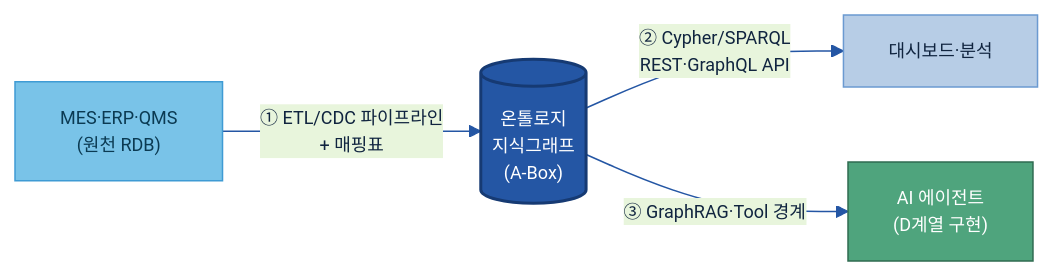
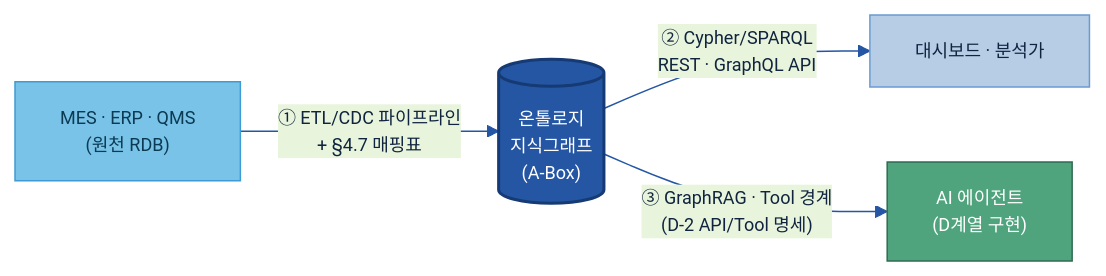
One commit to jin-kearney/ai-ready-data-manual changed diagram 11 of 14 in 가이드 작성/B-3 온톨로지/B-3 온톨로지.md. Above: the diagram before and after it, drawn with Mermaid. The commit also changed other lines of this file, not shown here.

````diff
--- a/가이드 작성/B-3 온톨로지/B-3 온톨로지.md
+++ b/가이드 작성/B-3 온톨로지/B-3 온톨로지.md
@@ -1029,11 +1066,17 @@
 ```mermaid
 %%{init: {'theme':'base','themeVariables':{'primaryColor':'#DCE8F5','primaryBorderColor':'#2456A4','primaryTextColor':'#10243f','lineColor':'#2456A4','clusterBkg':'#EEF4FB','clusterBorder':'#6B9AD1','fontSize':'12px'}}}%%
 flowchart LR
-    SRC["MES·ERP·QMS\n(원천 RDB)"]:::src -->|"① ETL/CDC 파이프라인\n+ 매핑표"| KG[("온톨로지\n지식그래프\n(A-Box)")]:::cat
-    KG -->|"② Cypher/SPARQL\nREST·GraphQL API"| BI["대시보드·분석"]:::n
-    KG -->|"③ GraphRAG·Tool 경계"| AI["AI 에이전트\n(D계열 구현)"]:::loop
+    SRC["MES · ERP · QMS\n(원천 RDB)"]:::src
+    KG[("온톨로지\n지식그래프\n(A-Box)")]:::cat
+    BI["대시보드 · 분석가"]:::n
+    AI["AI 에이전트\n(D계열 구현)"]:::loop
+
+    SRC -->|"① ETL/CDC 파이프라인\n+ §4.7 매핑표"| KG
+    KG -->|"② Cypher/SPARQL\nREST · GraphQL API"| BI
+    KG -->|"③ GraphRAG · Tool 경계\n(D-2 API/Tool 명세)"| AI
+
     classDef src fill:#79C3E8,stroke:#3F9BD4,color:#0b3a52;
     classDef cat fill:#2456A4,color:#fff,stroke:#163a73,stroke-width:2px;
     classDef n fill:#B7CDE6,stroke:#6B9AD1,color:#10243f;
     classDef loop fill:#4FA47D,stroke:#2f6b50,color:#fff;
 ```
````
